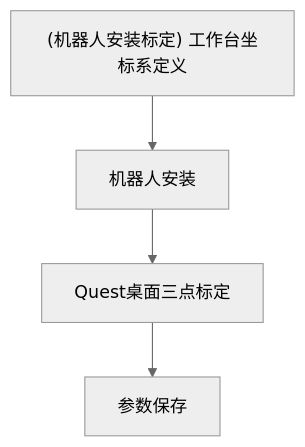
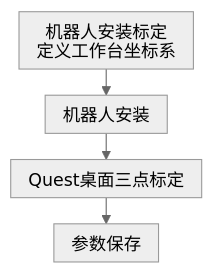
Before and after one commit to YYxzz8866/Quest-Proposal: the second of 7 diagrams in Quest.md, drawn with Mermaid (neutral theme). The commit also changed other lines of this file and 9 other files, not shown here.

````diff
--- a/Quest.md
+++ b/Quest.md
@@ -220,10 +221,11 @@
 ```mermaid
+%%{init: {"htmlLabels": false, "flowchart": {"htmlLabels": false, "useMaxWidth": true, "nodeSpacing": 16, "rankSpacing": 24, "padding": 8}}}%%
 flowchart TD
-    N0["(机器人安装标定) 工作台坐标系定义"]
+    N0["机器人安装标定<br/>定义工作台坐标系"]
     N1["机器人安装"]
     N2["Quest桌面三点标定"]
     N3["参数保存"]
     N0 --> N1
     N1 --> N2
     N2 --> N3
 ```
````
